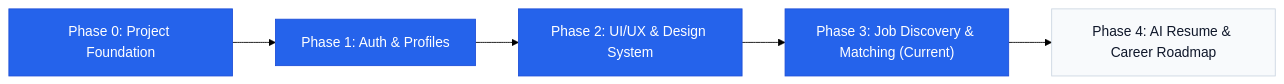
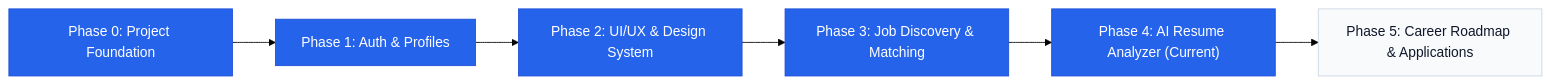
The second of 2 diagrams in docs/architecture.md (beenu2040-alt/career_pilot), drawn with Mermaid (forest theme) before and after one commit. The commit also changed other lines of this file and 43 other files, not shown here.

Commit message:
feat(phase-4): implement AI resume analyzer with PDF parsing, scoring rubric, and target job matching

````diff
--- a/docs/architecture.md
+++ b/docs/architecture.md
@@ -184,13 +184,15 @@
 ```mermaid
 flowchart LR
     P0["Phase 0: Project Foundation"] --> P1["Phase 1: Auth & Profiles"]
     P1 --> P2["Phase 2: UI/UX & Design System"]
-    P2 --> P3["Phase 3: Job Discovery & Matching (Current)"]
-    P3 --> P4["Phase 4: AI Resume & Career Roadmap"]
+    P2 --> P3["Phase 3: Job Discovery & Matching"]
+    P3 --> P4["Phase 4: AI Resume Analyzer (Current)"]
+    P4 --> P5["Phase 5: Career Roadmap & Applications"]
 
     style P0 fill:#2563eb,stroke:#1d4ed8,color:#ffffff
     style P1 fill:#2563eb,stroke:#1d4ed8,color:#ffffff
     style P2 fill:#2563eb,stroke:#1d4ed8,color:#ffffff
     style P3 fill:#2563eb,stroke:#1d4ed8,color:#ffffff
-    style P4 fill:#f8fafc,stroke:#cbd5e1,color:#0f172a
+    style P4 fill:#2563eb,stroke:#1d4ed8,color:#ffffff
+    style P5 fill:#f8fafc,stroke:#cbd5e1,color:#0f172a
 ```
````
